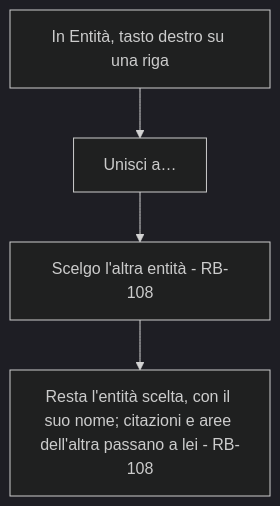
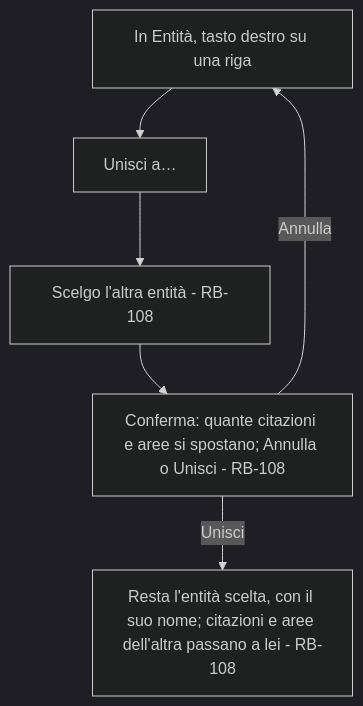
Before and after one commit to Helmutsti/MemoDu: the fourth of 7 diagrams in docs/moduli/net/2-flussi.md, drawn with Mermaid (dark theme). The commit also changed other lines of this file and 1 other file, not shown here.

Commit message:
RF-18: conferma prima di unire due entità

````diff
--- a/docs/moduli/net/2-flussi.md
+++ b/docs/moduli/net/2-flussi.md
@@ -110,6 +110,8 @@
 ```mermaid
 flowchart TD
     A[In Entità, tasto destro su una riga] --> B[Unisci a…]
     B --> C[Scelgo l'altra entità - RB-108]
-    C --> D[Resta l'entità scelta, con il suo nome; citazioni e aree dell'altra passano a lei - RB-108]
+    C --> X[Conferma: quante citazioni e aree si spostano; Annulla o Unisci - RB-108]
+    X -- Annulla --> A
+    X -- Unisci --> D[Resta l'entità scelta, con il suo nome; citazioni e aree dell'altra passano a lei - RB-108]
 ```
````
